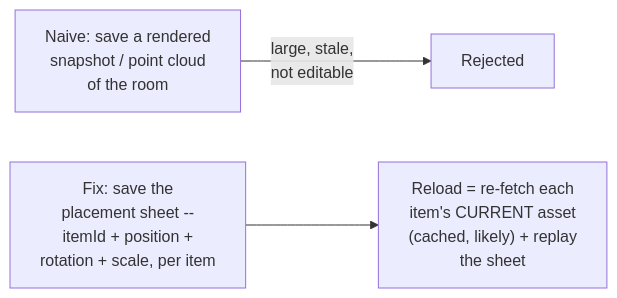
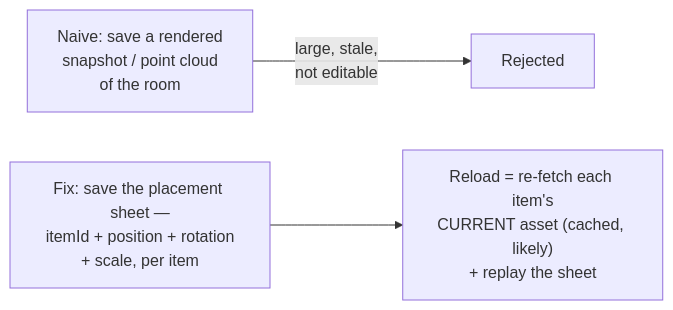
The sixth of 14 diagrams in system-design/HLD/0-course/54-Design-an-AR-Virtual-Furniture-Placement-System-FAANG-Guide-story.md (riyaz-pasha/Learnings), drawn with Mermaid before and after one commit. The commit also changed other lines of this file and 1 other file, not shown here.

Commit message:
[REWRITE] AR Virtual Furniture Placement story guide: simplify prose, add structure, fix diagrams

````diff
--- a/system-design/HLD/0-course/54-Design-an-AR-Virtual-Furniture-Placement-System-FAANG-Guide-story.md
+++ b/system-design/HLD/0-course/54-Design-an-AR-Virtual-Furniture-Placement-System-FAANG-Guide-story.md
@@ -139,5 +290,5 @@
 ```mermaid
 flowchart LR
-    A["Naive: save a rendered\nsnapshot / point cloud\nof the room"] -->|"large, stale,\nnot editable"| X["Rejected"]
-    B["Fix: save the\nplacement sheet --\nitemId + position +\nrotation + scale, per item"] --> C["Reload = re-fetch each\nitem's CURRENT asset\n(cached, likely) + replay\nthe sheet"]
+    A["Naive: save a rendered<br/>snapshot / point cloud<br/>of the room"] -->|"large, stale,<br/>not editable"| X["Rejected"]
+    B["Fix: save the placement sheet —<br/>itemId + position + rotation<br/>+ scale, per item"] --> C["Reload = re-fetch each item's<br/>CURRENT asset (cached, likely)<br/>+ replay the sheet"]
 ```
````
